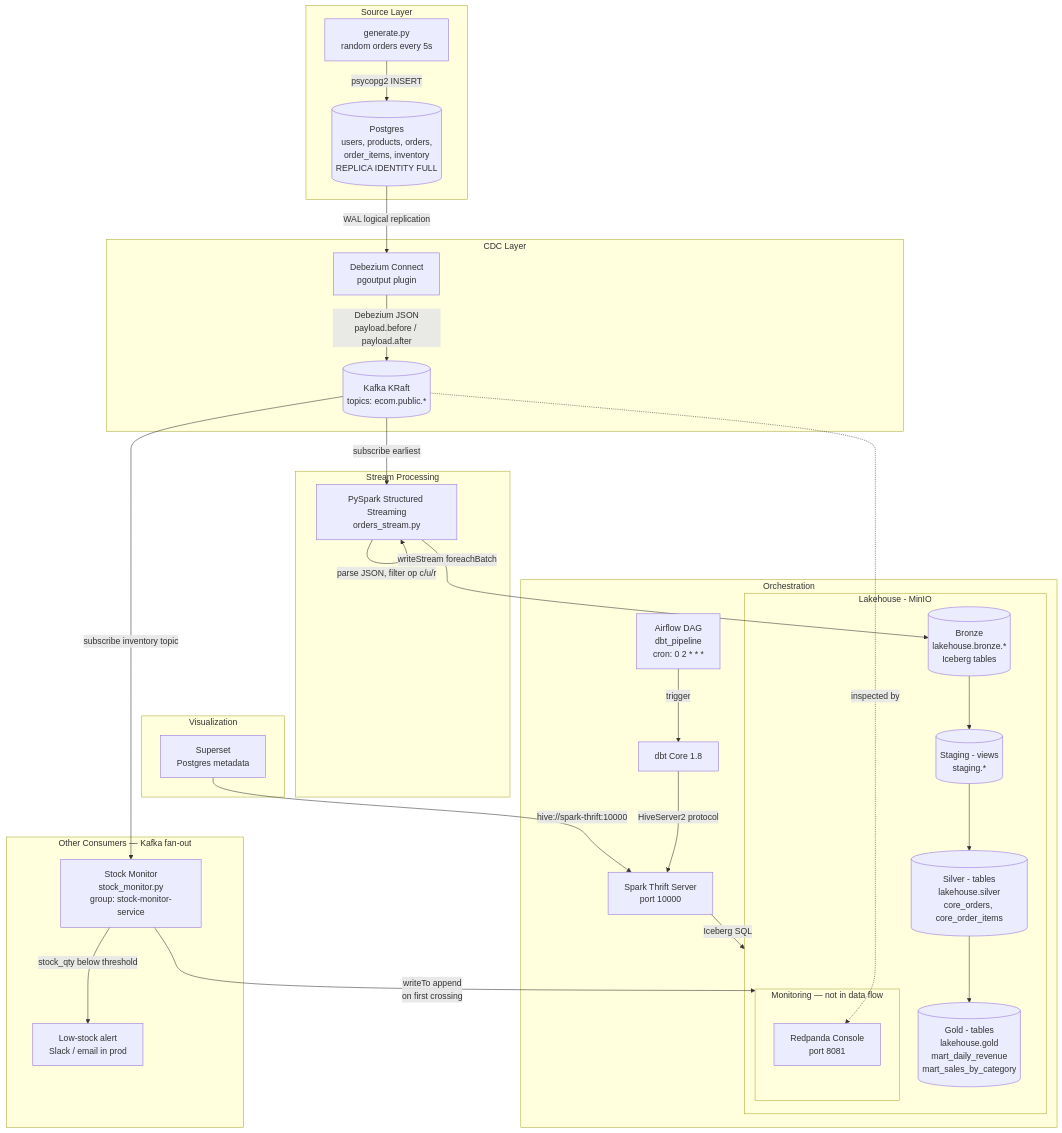
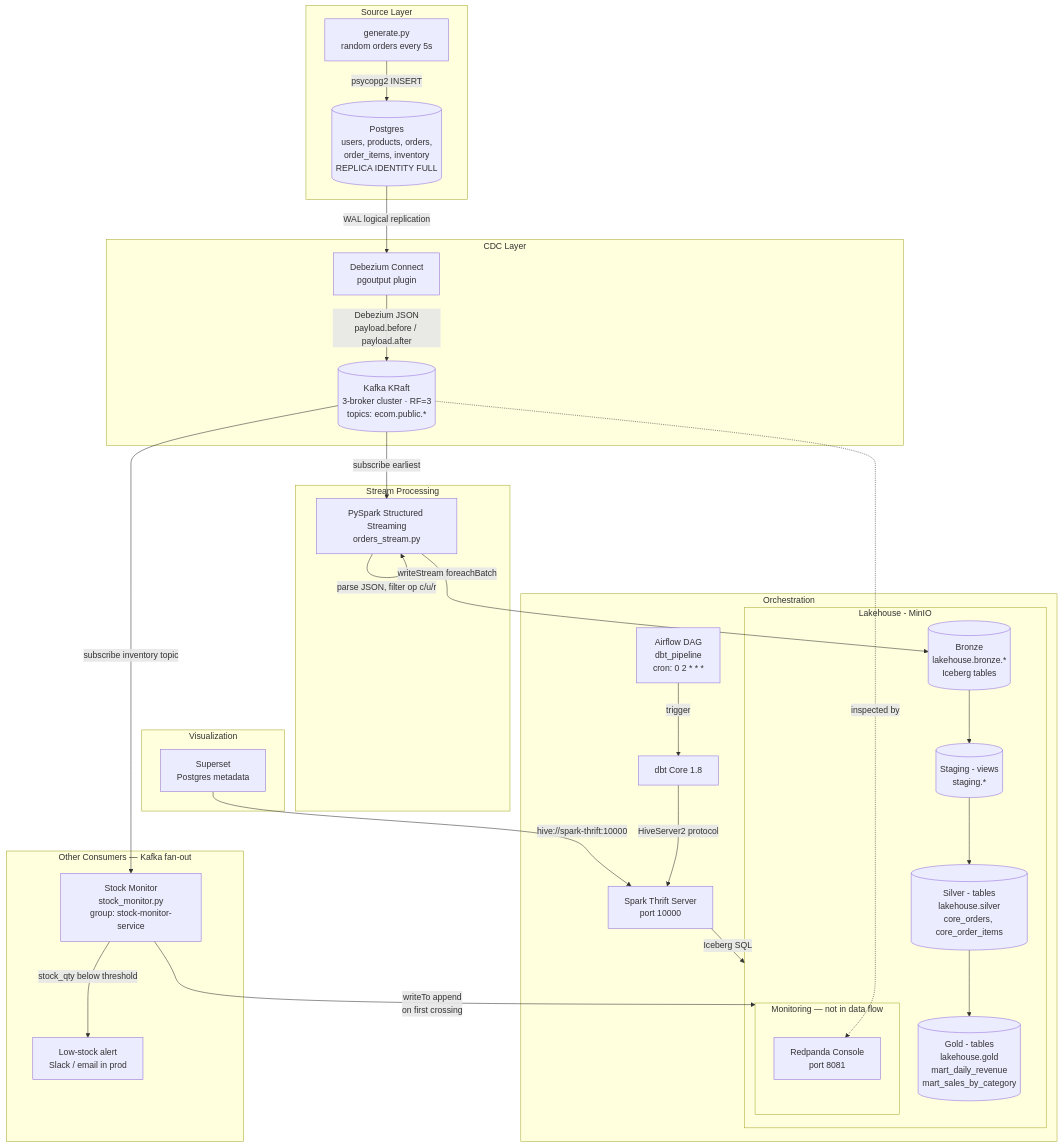
One commit to airdeniz/ecommerce-lakehouse changed the second of 2 diagrams in README.md. Above: the diagram before and after it, drawn with Mermaid. The commit also changed other lines of this file and 7 other files, not shown here.

First line of the commit message:
feat(kafka): scale to a 3-broker KRaft cluster with RF=3

````diff
--- a/README.md
+++ b/README.md
@@ -45,59 +45,59 @@
 ```mermaid
 flowchart TB
     subgraph SOURCE["Source Layer"]
         G[generate.py<br/>random orders every 5s]
         P[("Postgres<br/>users, products, orders,<br/>order_items, inventory<br/>REPLICA IDENTITY FULL")]
         G -->|psycopg2 INSERT| P
     end
 
     subgraph CDC_LAYER["CDC Layer"]
         D[Debezium Connect<br/>pgoutput plugin]
-        K[("Kafka KRaft<br/>topics: ecom.public.*")]
+        K[("Kafka KRaft<br/>3-broker cluster · RF=3<br/>topics: ecom.public.*")]
         P -->|WAL logical replication| D
         D -->|Debezium JSON<br/>payload.before / payload.after| K
     end
 
     subgraph STREAM["Stream Processing"]
         S[PySpark Structured Streaming<br/>orders_stream.py]
         K -->|subscribe earliest| S
         S -->|parse JSON, filter op c/u/r| S
     end
 
     subgraph CONSUMERS["Other Consumers — Kafka fan-out"]
         SM[Stock Monitor<br/>stock_monitor.py<br/>group: stock-monitor-service]
         K -->|subscribe inventory topic| SM
         SM -->|stock_qty below threshold| ALERT[Low-stock alert<br/>Slack / email in prod]
     end
 
     subgraph LAKEHOUSE["Lakehouse - MinIO"]
         B[("Bronze<br/>lakehouse.bronze.*<br/>Iceberg tables")]
         ST[("Staging - views<br/>staging.*")]
         SL[("Silver - tables<br/>lakehouse.silver<br/>core_orders, core_order_items")]
         GD[("Gold - tables<br/>lakehouse.gold<br/>mart_daily_revenue<br/>mart_sales_by_category")]
         OPS[("Ops<br/>lakehouse.ops.stock_alerts<br/>Iceberg table")]
         S -->|writeStream foreachBatch| B
         SM -->|writeTo append<br/>on first crossing| OPS
         B --> ST
         ST --> SL
         SL --> GD
     end
 
     subgraph ORCH["Orchestration"]
         A[Airflow DAG<br/>dbt_pipeline<br/>cron: 0 2 * * *]
         TH[Spark Thrift Server<br/>port 10000]
         DB[dbt Core 1.8]
         A -->|trigger| DB
         DB -->|HiveServer2 protocol| TH
         TH -->|Iceberg SQL| LAKEHOUSE
     end
 
     subgraph VIZ["Visualization"]
         SUP[Superset<br/>Postgres metadata]
         SUP -->|hive://spark-thrift:10000| TH
     end
 
     subgraph OPS["Monitoring — not in data flow"]
         RC[Redpanda Console<br/>port 8081]
     end
     K -.->|inspected by| RC
 ```
````
